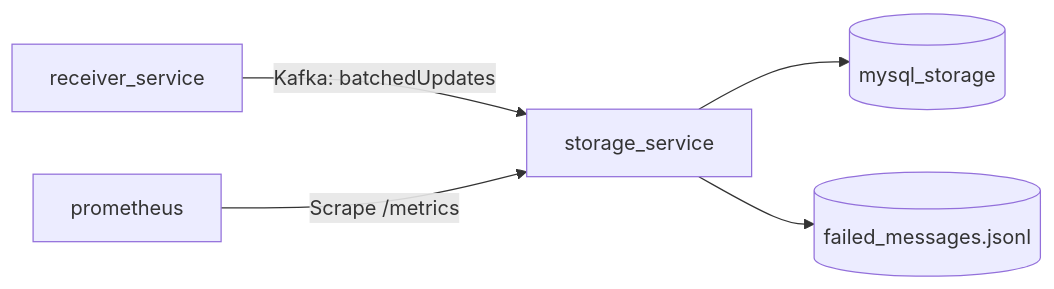
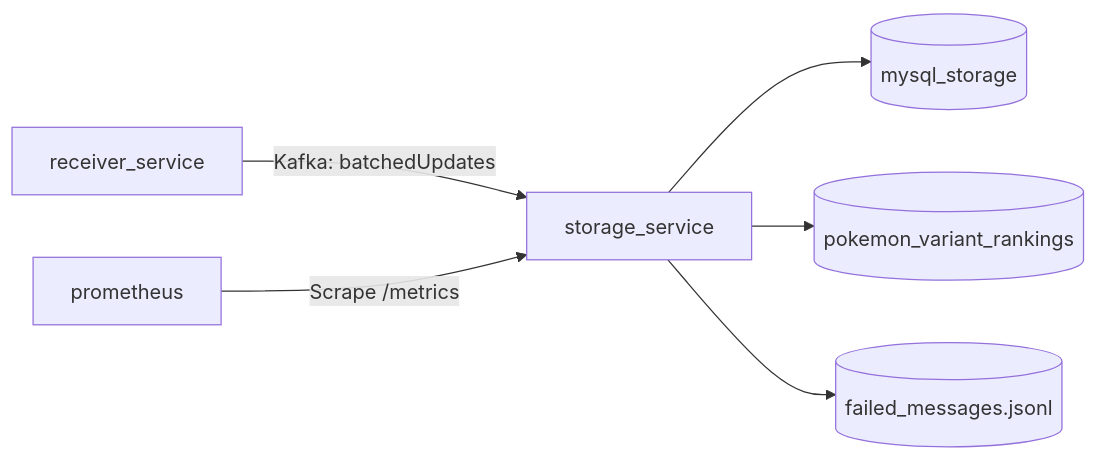
One commit to AdamWentworth/Go changed the first of 6 diagrams in storage/README.md. Above: the diagram before and after it, drawn with Mermaid. The commit also changed other lines of this file and 17 other files, not shown here.

Commit message:
feat(storage): precompute community pokemon rankings

````diff
--- a/storage/README.md
+++ b/storage/README.md
@@ -25,7 +27,8 @@
 ```mermaid
 flowchart LR
   Receiver[receiver_service] -->|Kafka: batchedUpdates| Storage[storage_service]
   Storage --> MySQL[(mysql_storage)]
+  Storage --> Rankings[(pokemon_variant_rankings)]
   Storage --> RetryFile[(failed_messages.jsonl)]
   Prometheus[prometheus] -->|Scrape /metrics| Storage
 ```
````
